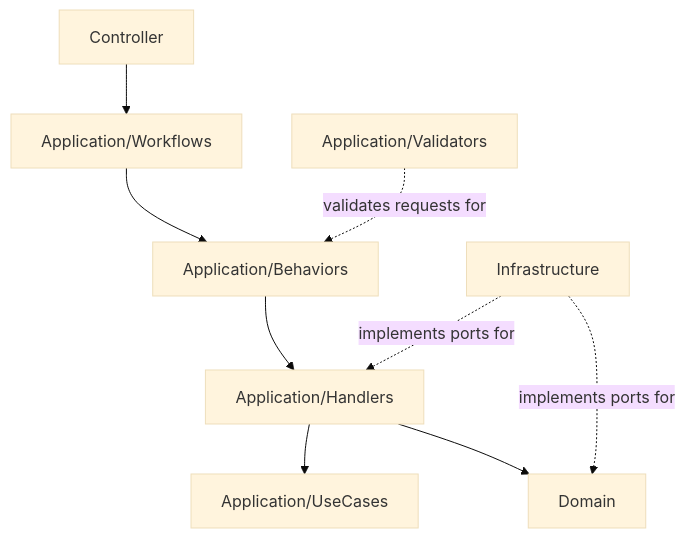
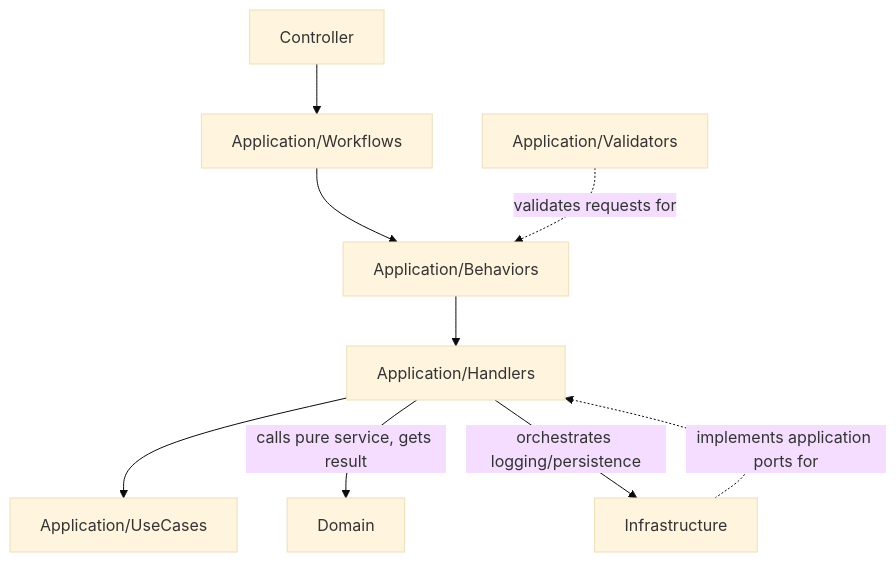
The diagram in docs/FLOW_DECOMPOSITION_GUIDE.md (bnggbn/CSharp_DDD_Template), drawn with Mermaid (base theme) before and after one commit. The commit also changed other lines of this file and 42 other files, not shown here.

First line of the commit message:
feat(ddd-architecture): migrate sanitization and monitoring to infrastructure layer

````diff
--- a/docs/FLOW_DECOMPOSITION_GUIDE.md
+++ b/docs/FLOW_DECOMPOSITION_GUIDE.md
@@ -35,20 +39,20 @@
 ```mermaid
 flowchart TB
   C[Controller]
   WF[Application/Workflows]
   BH[Application/Behaviors]
   H[Application/Handlers]
   U[Application/UseCases]
   V[Application/Validators]
   D[Domain]
   I[Infrastructure]
 
   C --> WF
   WF --> BH
   BH --> H
   H --> U
-  H --> D
+  H -->|calls pure service, gets result| D
+  H -->|orchestrates logging/persistence| I
   V -.validates requests for.-> BH
-  I -.implements ports for.-> H
-  I -.implements ports for.-> D
+  I -.implements application ports for.-> H
 ```
````
